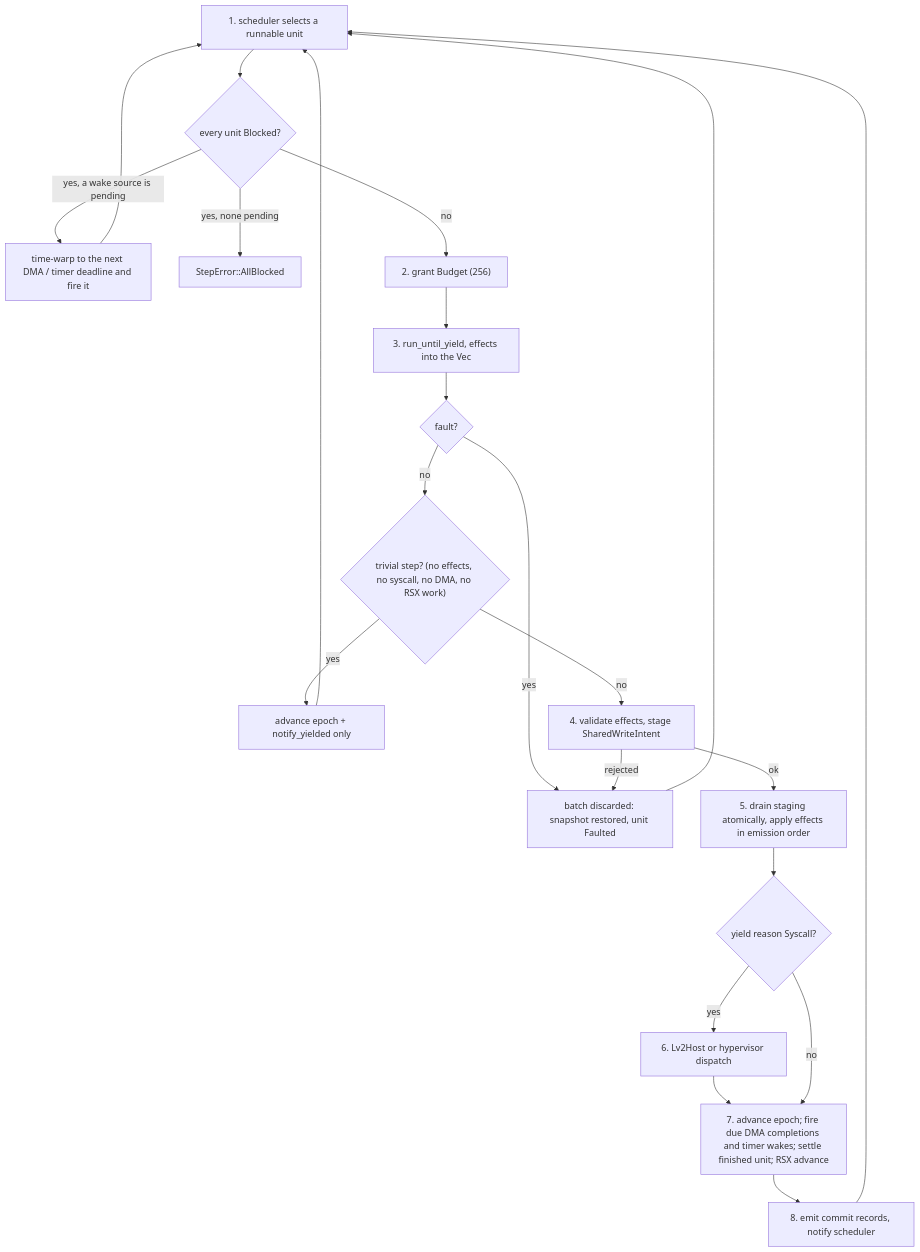
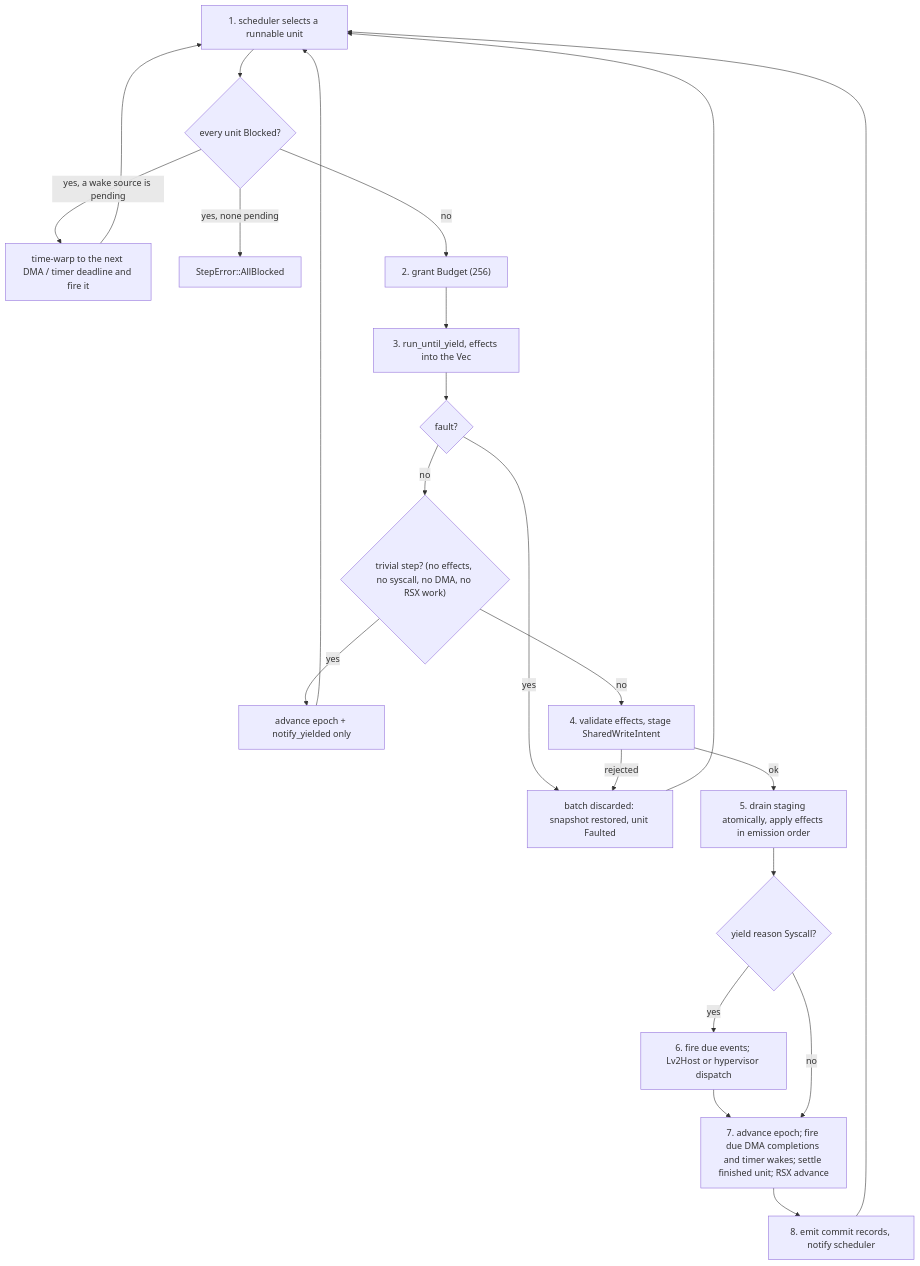
The diagram in docs/architecture/runtime_pipeline.md (RoyalAce22/CellGov), drawn with Mermaid before and after one commit. The commit also changed other lines of this file and 41 other files, not shown here.

````diff
--- a/docs/architecture/runtime_pipeline.md
+++ b/docs/architecture/runtime_pipeline.md
@@ -40,18 +40,18 @@
 ```mermaid
 flowchart TD
   sel["1. scheduler selects a runnable unit"] --> allb{"every unit Blocked?"}
   allb -->|"yes, a wake source is pending"| warp["time-warp to the next DMA / timer deadline and fire it"] --> sel
   allb -->|"yes, none pending"| stall["StepError::AllBlocked"]
   allb -->|no| budget["2. grant Budget (256)"] --> run["3. run_until_yield, effects into the Vec"]
   run --> fault{"fault?"}
   fault -->|yes| discard["batch discarded: snapshot restored, unit Faulted"] --> sel
   fault -->|no| triv{"trivial step? (no effects, no syscall, no DMA, no RSX work)"}
   triv -->|yes| fast["advance epoch + notify_yielded only"] --> sel
   triv -->|no| val["4. validate effects, stage SharedWriteIntent"]
   val -->|rejected| discard
   val -->|ok| drain["5. drain staging atomically, apply effects in emission order"]
   drain --> sc{"yield reason Syscall?"}
-  sc -->|yes| lv2["6. Lv2Host or hypervisor dispatch"] --> epoch
+  sc -->|yes| lv2["6. fire due events; Lv2Host or hypervisor dispatch"] --> epoch
   sc -->|no| epoch["7. advance epoch; fire due DMA completions and timer wakes; settle finished unit; RSX advance"]
   epoch --> rec["8. emit commit records, notify scheduler"] --> sel
 ```
````
